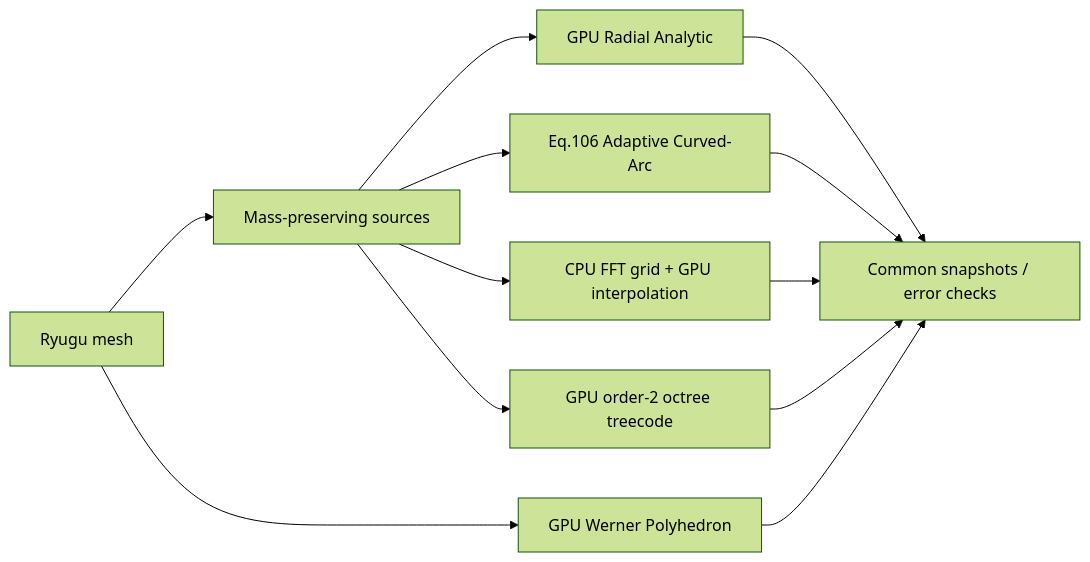
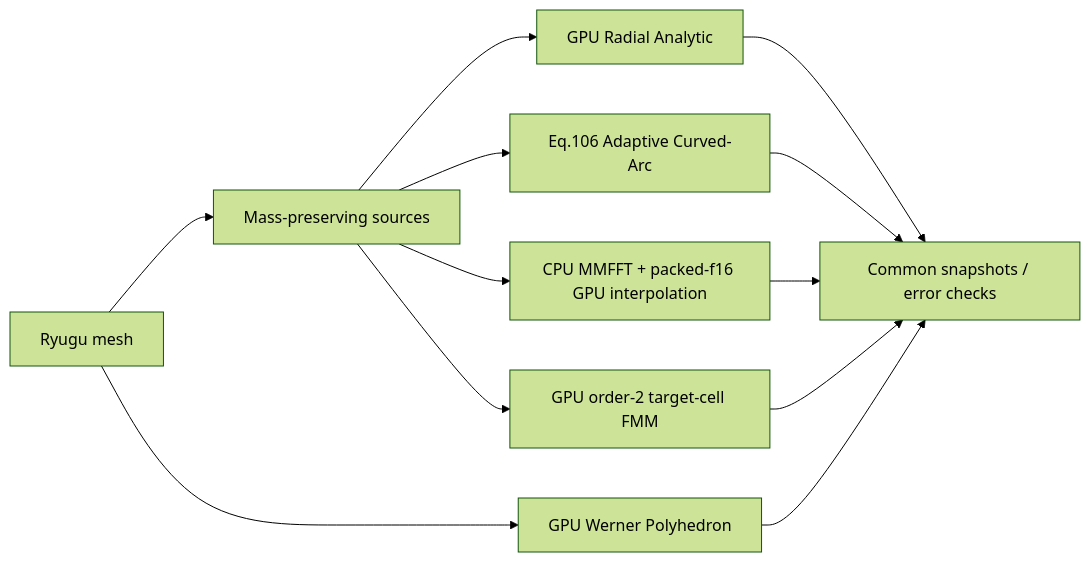
One commit to Tom-Jim/RyuGu_WASM changed the first of 11 diagrams in README.md. Above: the diagram before and after it, drawn with Mermaid (forest theme). The commit also changed other lines of this file and 45 other files, not shown here.

````diff
--- a/README.md
+++ b/README.md
@@ -29,14 +29,14 @@
 ```mermaid
 flowchart LR
     Mesh["Ryugu mesh"] --> Sources["Mass-preserving sources"]
     Sources --> Radial["GPU Radial Analytic"]
     Mesh --> Werner["GPU Werner Polyhedron"]
     Sources --> Eq106["Eq.106 Adaptive Curved-Arc"]
-    Sources --> FFT["CPU FFT grid + GPU interpolation"]
-    Sources --> Tree["GPU order-2 octree treecode"]
+    Sources --> FFT["CPU MMFFT + packed-f16 GPU interpolation"]
+    Sources --> Tree["GPU order-2 target-cell FMM"]
     Radial --> Compare["Common snapshots / error checks"]
     Werner --> Compare
     Eq106 --> Compare
     FFT --> Compare
     Tree --> Compare
 ```
````
